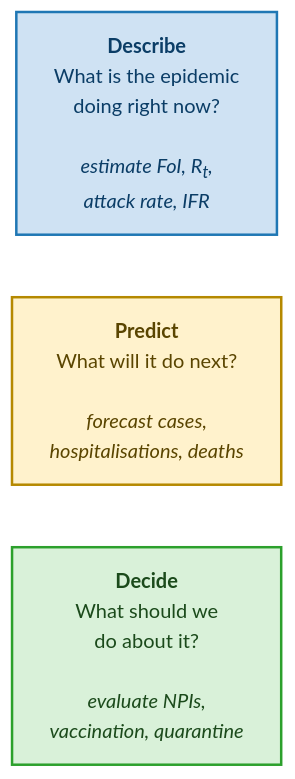
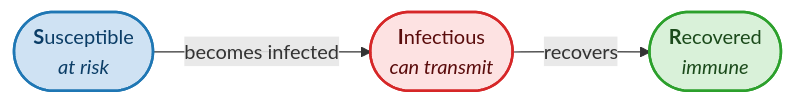
Before and after one commit to tasnim-mafiz/lorentz_center_workshop: the first of 8 diagrams in assets/presentations/intro_idm_for_survival.qmd, drawn with Mermaid. The commit also changed other lines of this file, not shown here.

````diff
--- a/assets/presentations/intro_idm_for_survival.qmd
+++ b/assets/presentations/intro_idm_for_survival.qmd
@@ -92,10 +124,9 @@
 ```{mermaid}
-%%| fig-width: 11
+%%| fig-width: 9
 flowchart LR
-  A["<b>Describe</b><br/>What is the epidemic<br/>doing right now?<br/><br/><i>estimate FoI, R<sub>t</sub>,<br/>attack rate, IFR</i>"]:::desc
-  B["<b>Predict</b><br/>What will it do next?<br/><br/><i>forecast cases,<br/>hospitalisations, deaths</i>"]:::pred
-  C["<b>Decide</b><br/>What should we<br/>do about it?<br/><br/><i>evaluate NPIs,<br/>vaccination, quarantine</i>"]:::dec
-  classDef desc fill:#cfe2f3,stroke:#1f77b4,color:#0b3d66,stroke-width:2px
-  classDef pred fill:#fff2cc,stroke:#b58900,color:#5a4500,stroke-width:2px
-  classDef dec  fill:#d9f1d9,stroke:#2ca02c,color:#1b4a1b,stroke-width:2px
+  S(["<b>S</b>usceptible\n<i>at risk</i>"]):::s -->|"becomes infected"| I(["<b>I</b>nfectious\n<i>can transmit</i>"]):::i
+  I -->|"recovers"| R(["<b>R</b>ecovered\n<i>immune</i>"]):::r
+  classDef s fill:#cfe2f3,stroke:#1f77b4,stroke-width:2px,color:#0b3d66
+  classDef i fill:#fde2e2,stroke:#d62728,stroke-width:2px,color:#5a0c0c
+  classDef r fill:#d9f1d9,stroke:#2ca02c,stroke-width:2px,color:#1b4a1b
 ```
````
